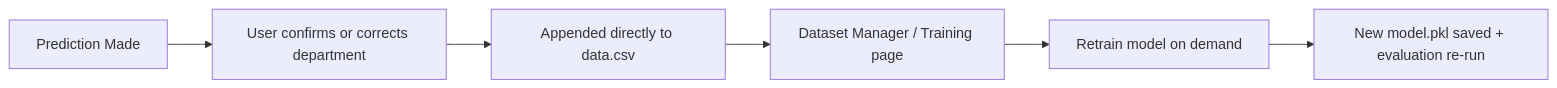
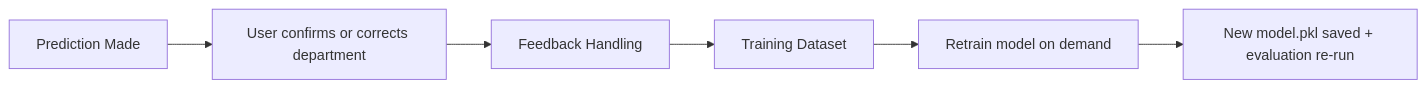
One commit to AyusmanNanda/patient-router changed the sixth of 6 diagrams in docs/architecture.md. Above: the diagram before and after it, drawn with Mermaid. The commit also changed other lines of this file, not shown here.

````diff
--- a/docs/architecture.md
+++ b/docs/architecture.md
@@ -195,8 +303,8 @@
 ```mermaid
 flowchart LR
     A[Prediction Made] --> B[User confirms or corrects department]
-    B --> C[Appended directly to data.csv]
-    C --> D[Dataset Manager / Training page]
+    B --> C[Feedback Handling]
+    C --> D[Training Dataset]
     D --> E[Retrain model on demand]
     E --> F[New model.pkl saved + evaluation re-run]
 ```
````
